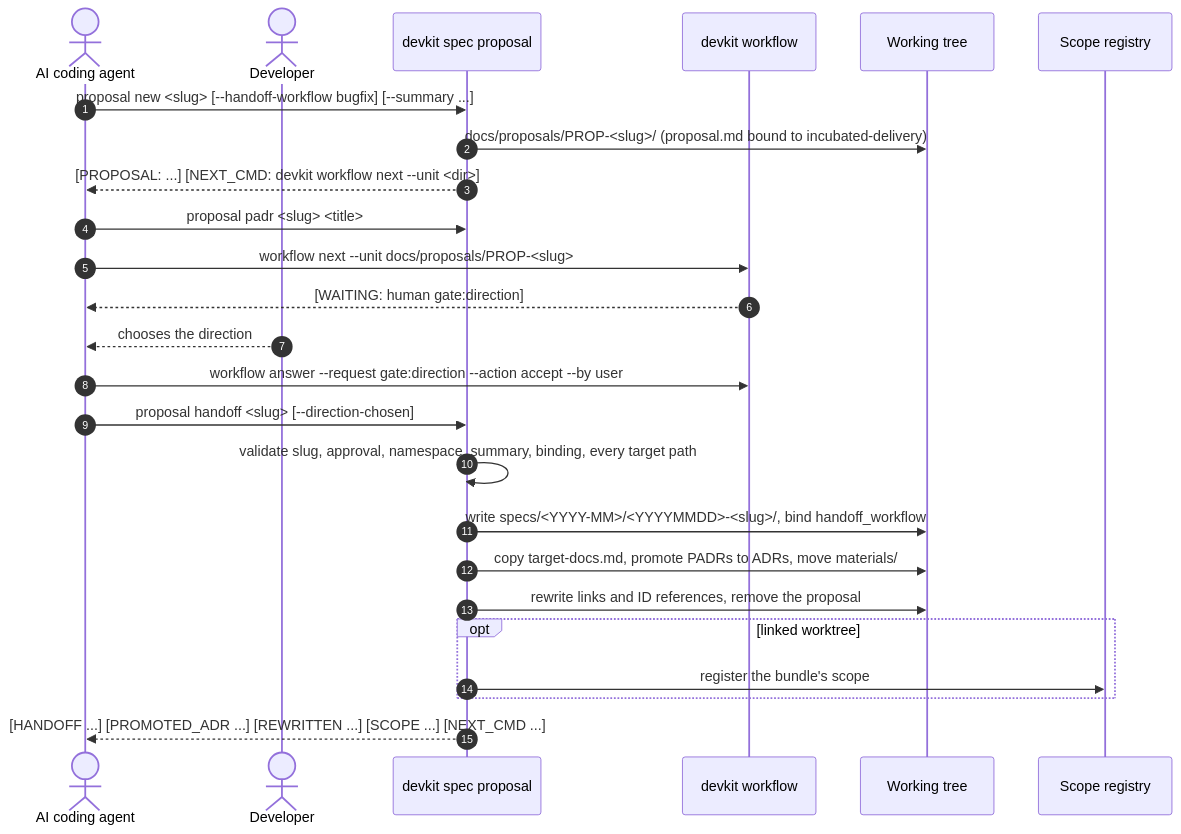
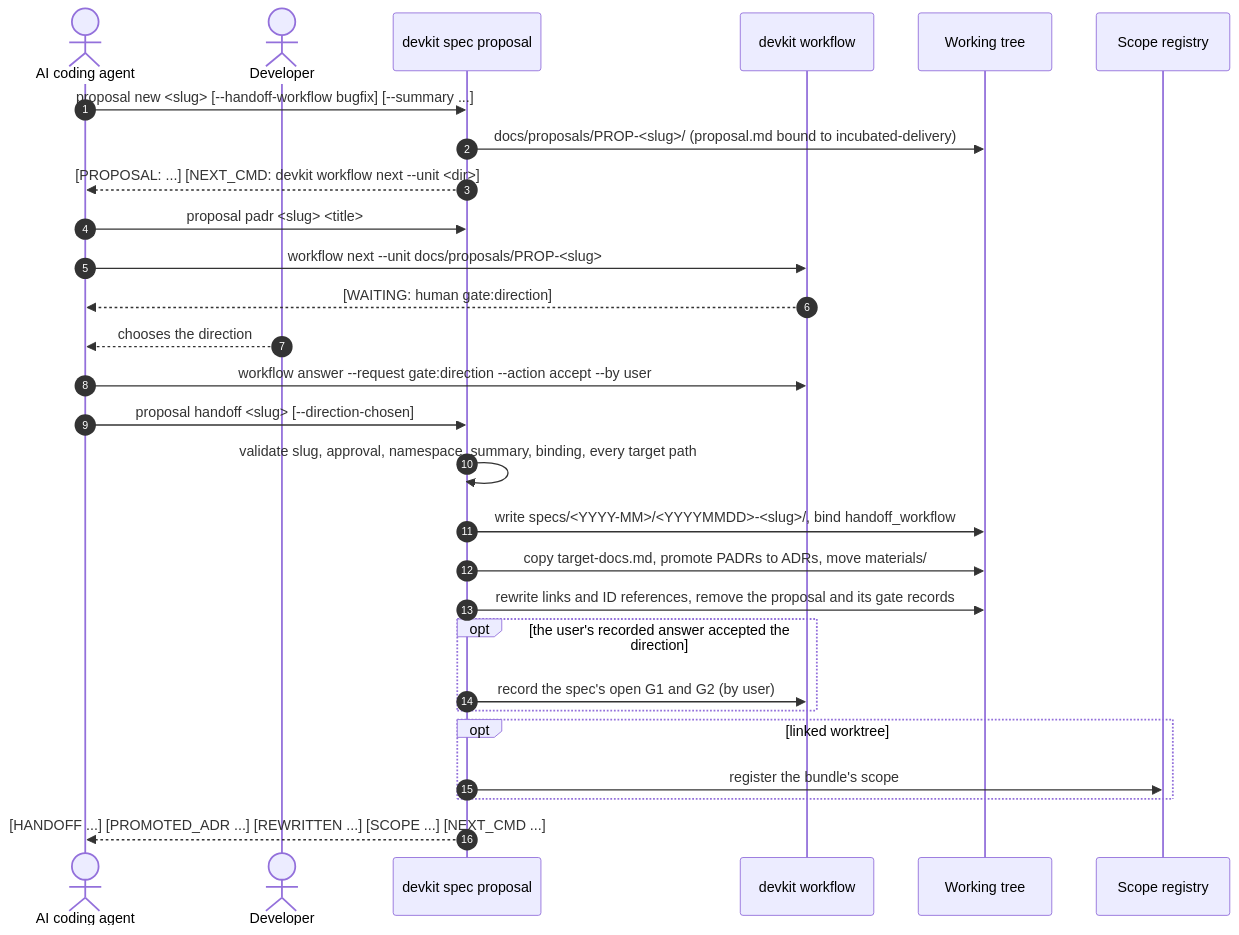
One commit to mjkimR/devkit-spec changed the second of 4 diagrams in docs/architecture/ARCH-06-runtime-view.md. Above: the diagram before and after it, drawn with Mermaid. The commit also changed other lines of this file and 18 other files, not shown here.

Commit message:
feat(proposals): drop unit records and carry user gates at handoff

````diff
--- a/docs/architecture/ARCH-06-runtime-view.md
+++ b/docs/architecture/ARCH-06-runtime-view.md
@@ -68,28 +68,31 @@
 ```mermaid
 sequenceDiagram
     autonumber
     actor Agent as AI coding agent
     actor User as Developer
     participant Spec as devkit spec proposal
     participant WF as devkit workflow
     participant FS as Working tree
     participant Reg as Scope registry
 
     Agent->>Spec: proposal new <slug> [--handoff-workflow bugfix] [--summary ...]
     Spec->>FS: docs/proposals/PROP-<slug>/ (proposal.md bound to incubated-delivery)
     Spec-->>Agent: [PROPOSAL: ...] [NEXT_CMD: devkit workflow next --unit <dir>]
     Agent->>Spec: proposal padr <slug> <title>
     Agent->>WF: workflow next --unit docs/proposals/PROP-<slug>
     WF-->>Agent: [WAITING: human gate:direction]
     User-->>Agent: chooses the direction
     Agent->>WF: workflow answer --request gate:direction --action accept --by user
     Agent->>Spec: proposal handoff <slug> [--direction-chosen]
     Spec->>Spec: validate slug, approval, namespace, summary, binding, every target path
     Spec->>FS: write specs/<YYYY-MM>/<YYYYMMDD>-<slug>/, bind handoff_workflow
     Spec->>FS: copy target-docs.md, promote PADRs to ADRs, move materials/
-    Spec->>FS: rewrite links and ID references, remove the proposal
+    Spec->>FS: rewrite links and ID references, remove the proposal and its gate records
+    opt the user's recorded answer accepted the direction
+        Spec->>WF: record the spec's open G1 and G2 (by user)
+    end
     opt linked worktree
         Spec->>Reg: register the bundle's scope
     end
     Spec-->>Agent: [HANDOFF ...] [PROMOTED_ADR ...] [REWRITTEN ...] [SCOPE ...] [NEXT_CMD ...]
 ```
````
